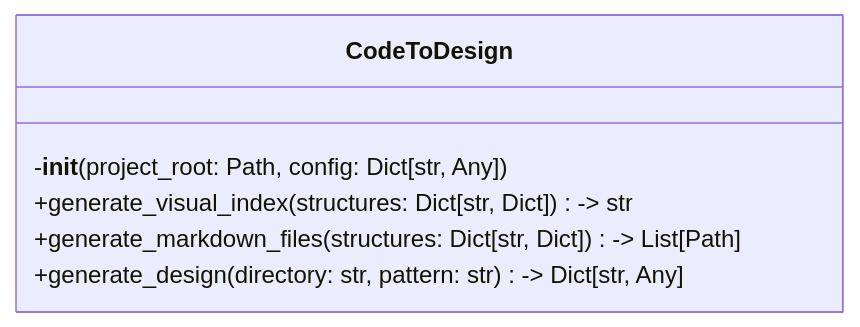
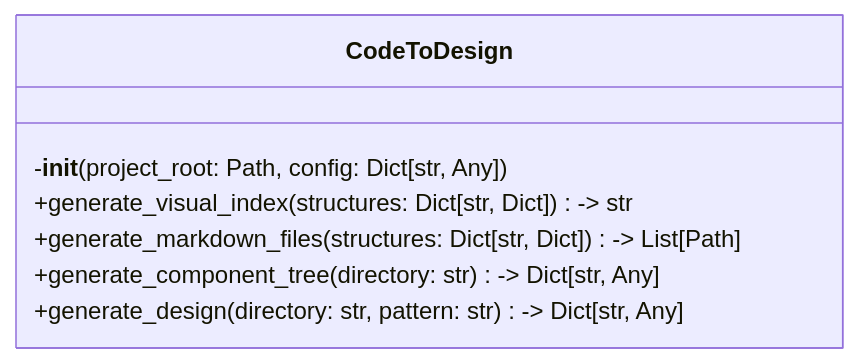
The diagram in design/autocode/core/design/code_to_design_class.md (Brunvelop/autocode), drawn with Mermaid before and after one commit. The commit also changed other lines of this file and 21 other files, not shown here.

````diff
--- a/design/autocode/core/design/code_to_design_class.md
+++ b/design/autocode/core/design/code_to_design_class.md
@@ -9,10 +9,11 @@
 ```mermaid
 classDiagram
     class CodeToDesign {
         -__init__(project_root: Path, config: Dict[str, Any])
         +generate_visual_index(structures: Dict[str, Dict]) -> str
         +generate_markdown_files(structures: Dict[str, Dict]) -> List[Path]
+        +generate_component_tree(directory: str) -> Dict[str, Any]
         +generate_design(directory: str, pattern: str) -> Dict[str, Any]
     }
 
 ```
````
